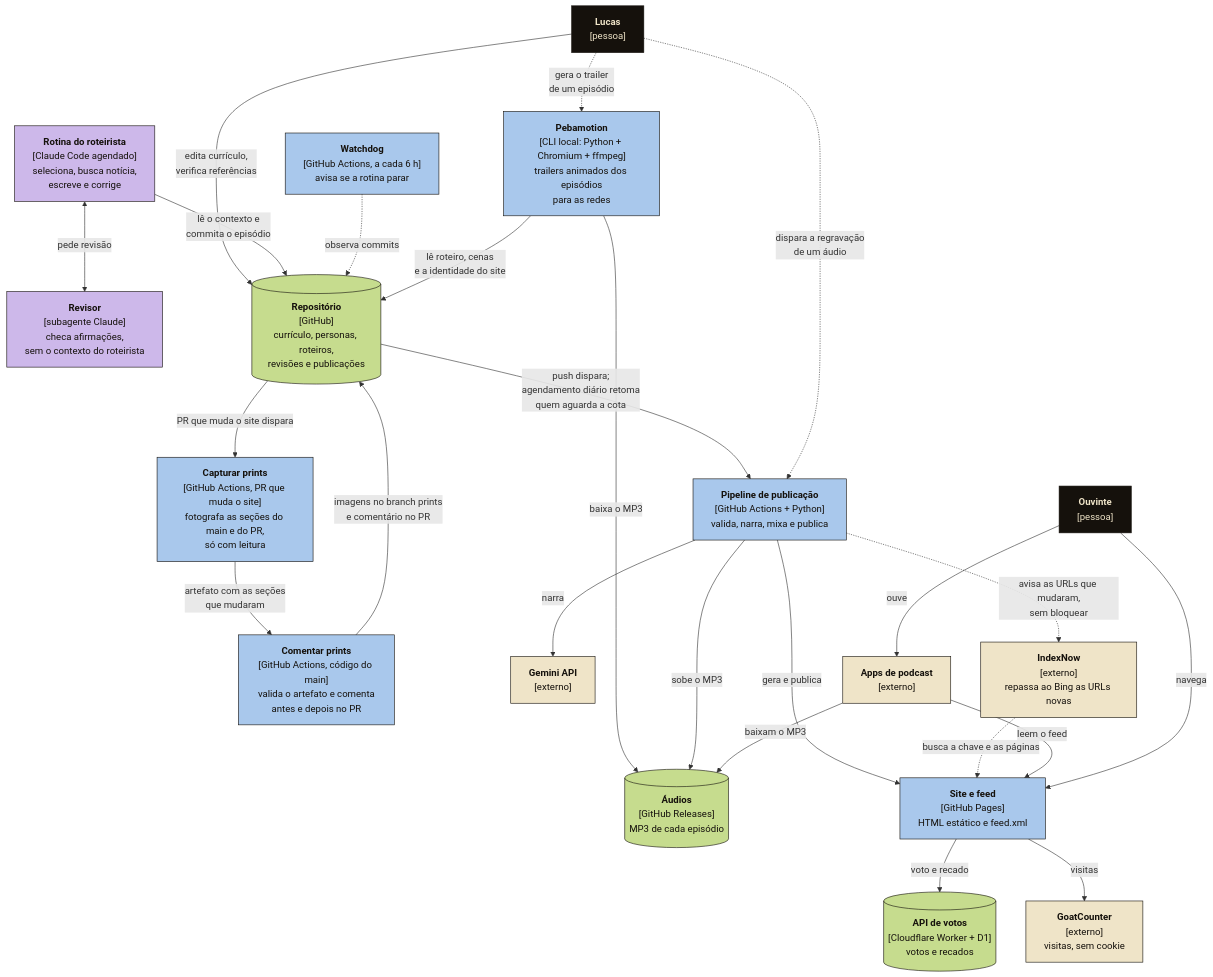
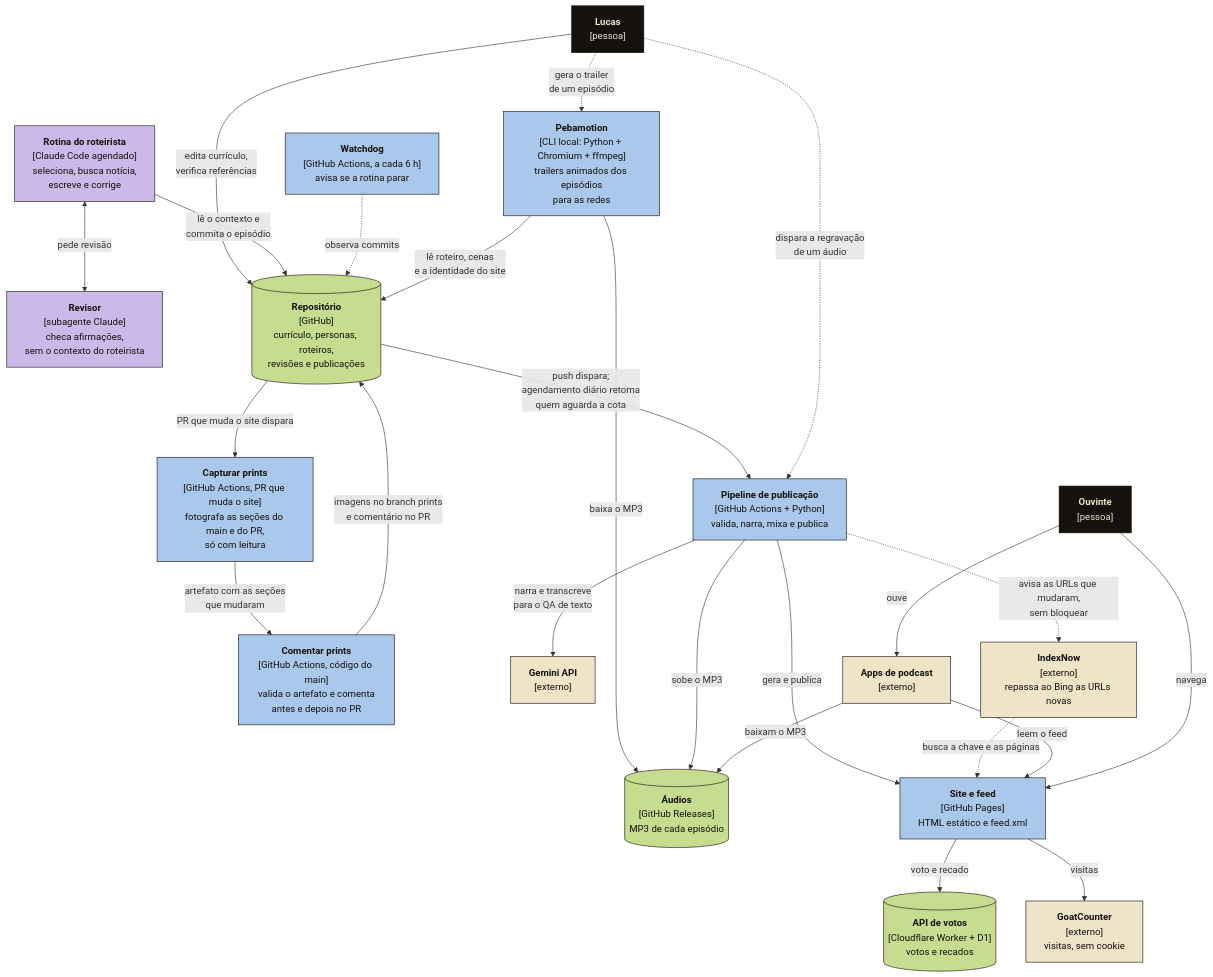
Before and after one commit to lucas-jdev/pebacast: the second of 2 diagrams in docs/c4-negocio.md, drawn with Mermaid. The commit also changed 13 other files, not shown here.

````diff
--- a/docs/c4-negocio.md
+++ b/docs/c4-negocio.md
@@ -48,55 +48,55 @@
 ```mermaid
 flowchart TB
     classDef pessoa fill:#15110c,stroke:#15110c,color:#efe4c8
     classDef ia fill:#cdb8ea,stroke:#15110c,color:#15110c
     classDef conteiner fill:#a9c8ec,stroke:#15110c,color:#15110c
     classDef dados fill:#c6dc8e,stroke:#15110c,color:#15110c
     classDef externo fill:#efe4c8,stroke:#15110c,color:#15110c
 
     lucas["<b>Lucas</b><br/>[pessoa]"]:::pessoa
     ouvinte["<b>Ouvinte</b><br/>[pessoa]"]:::pessoa
 
     revisor["<b>Revisor</b><br/>[subagente Claude]<br/>checa afirmações,<br/>sem o contexto do roteirista"]:::ia
     rotina["<b>Rotina do roteirista</b><br/>[Claude Code agendado]<br/>seleciona, busca notícia,<br/>escreve e corrige"]:::ia
     watchdog["<b>Watchdog</b><br/>[GitHub Actions, a cada 6 h]<br/>avisa se a rotina parar"]:::conteiner
     capturar["<b>Capturar prints</b><br/>[GitHub Actions, PR que muda o site]<br/>fotografa as seções do main e do PR,<br/>só com leitura"]:::conteiner
     comentar["<b>Comentar prints</b><br/>[GitHub Actions, código do main]<br/>valida o artefato e comenta<br/>antes e depois no PR"]:::conteiner
     motion["<b>Pebamotion</b><br/>[CLI local: Python + Chromium + ffmpeg]<br/>trailers animados dos episódios<br/>para as redes"]:::conteiner
 
     repo[("<b>Repositório</b><br/>[GitHub]<br/>currículo, personas, roteiros,<br/>revisões e publicações")]:::dados
 
     pipeline["<b>Pipeline de publicação</b><br/>[GitHub Actions + Python]<br/>valida, narra, mixa e publica"]:::conteiner
     gemini["<b>Gemini API</b><br/>[externo]"]:::externo
 
     audio[("<b>Áudios</b><br/>[GitHub Releases]<br/>MP3 de cada episódio")]:::dados
     site["<b>Site e feed</b><br/>[GitHub Pages]<br/>HTML estático e feed.xml"]:::conteiner
     votos[("<b>API de votos</b><br/>[Cloudflare Worker + D1]<br/>votos e recados")]:::dados
 
     apps["<b>Apps de podcast</b><br/>[externo]"]:::externo
     goat["<b>GoatCounter</b><br/>[externo]<br/>visitas, sem cookie"]:::externo
     indexnow["<b>IndexNow</b><br/>[externo]<br/>repassa ao Bing as URLs novas"]:::externo
 
     lucas -- "edita currículo,<br/>verifica referências" --> repo
     rotina <-- "pede revisão" --> revisor
     rotina -- "lê o contexto e<br/>commita o episódio" --> repo
     watchdog -. "observa commits" .-> repo
     repo -- "PR que muda o site dispara" --> capturar
     capturar -- "artefato com as seções<br/>que mudaram" --> comentar
     comentar -- "imagens no branch prints<br/>e comentário no PR" --> repo
     lucas -. "gera o trailer<br/>de um episódio" .-> motion
     motion -- "lê roteiro, cenas<br/>e a identidade do site" --> repo
     motion -- "baixa o MP3" --> audio
     repo -- "push dispara;<br/>agendamento diário retoma<br/>quem aguarda a cota" --> pipeline
     lucas -. "dispara a regravação<br/>de um áudio" .-> pipeline
-    pipeline -- "narra" --> gemini
+    pipeline -- "narra e transcreve<br/>para o QA de texto" --> gemini
     pipeline -- "sobe o MP3" --> audio
     pipeline -- "gera e publica" --> site
     pipeline -. "avisa as URLs que mudaram,<br/>sem bloquear" .-> indexnow
     indexnow -. "busca a chave e as páginas" .-> site
     site -- "voto e recado" --> votos
     site -- "visitas" --> goat
     apps -- "leem o feed" --> site
     apps -- "baixam o MP3" --> audio
     ouvinte -- "ouve" --> apps
     ouvinte -- "navega" --> site
 ```
````
